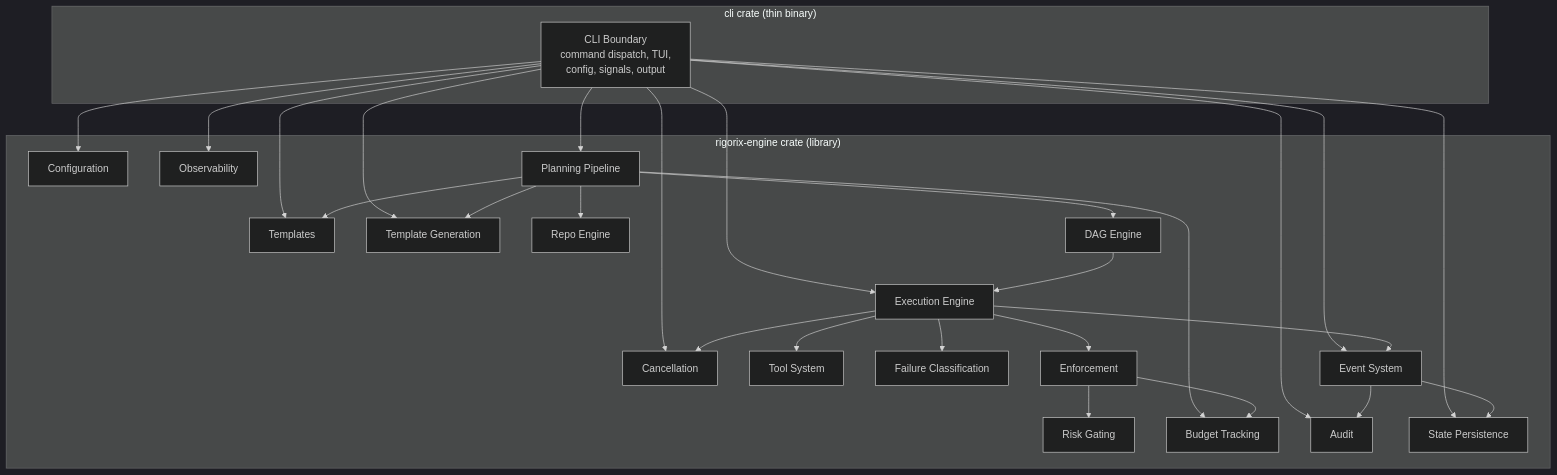
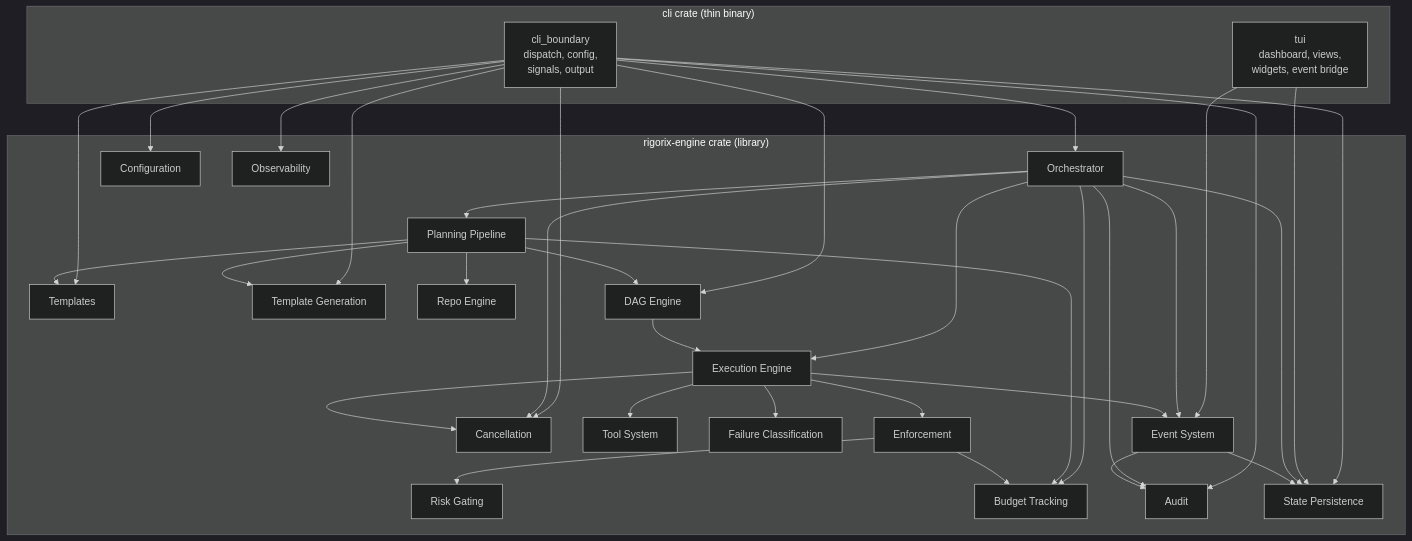
The diagram in cli/.pi/architecture/diagrams/system-context.md (arman-jalili/rigorix-oss), drawn with Mermaid (dark theme) before and after one commit. The commit also changed other lines of this file and 28 other files, not shown here.

First line of the commit message:
feat: contract freeze for cli-boundary module

````diff
--- a/cli/.pi/architecture/diagrams/system-context.md
+++ b/cli/.pi/architecture/diagrams/system-context.md
@@ -3,53 +3,65 @@
 ```mermaid
 graph TB
     subgraph "cli crate (thin binary)"
-        CLI[CLI Boundary<br/>command dispatch, TUI,<br/>config, signals, output]
+        CLI_BOUNDARY[cli_boundary<br/>dispatch, config,<br/>signals, output]
+        TUI[tui<br/>dashboard, views,<br/>widgets, event bridge]
     end
 
     subgraph "rigorix-engine crate (library)"
+        ORCH[Orchestrator]
         CONFIG[Configuration]
         OBSERV[Observability]
         CANCEL[Cancellation]
         PLANNING[Planning Pipeline]
         TEMPLATES[Templates]
         TEMPGEN[Template Generation]
         REPO[Repo Engine]
         DAG[DAG Engine]
         EXEC[Execution Engine]
         TOOLS[Tool System]
         FAILURE[Failure Classification]
         ENFORCE[Enforcement]
         RISK[Risk Gating]
         BUDGET[Budget Tracking]
         EVENTS[Event System]
         AUDIT[Audit]
         STATE[State Persistence]
     end
 
-    CLI --> CONFIG
-    CLI --> OBSERV
-    CLI --> CANCEL
-    CLI --> PLANNING
-    CLI --> TEMPGEN
-    CLI --> TEMPLATES
-    CLI --> EVENTS
-    CLI --> AUDIT
-    CLI --> STATE
-    CLI --> EXEC
+    CLI_BOUNDARY --> ORCH
+    CLI_BOUNDARY --> CONFIG
+    CLI_BOUNDARY --> OBSERV
+    CLI_BOUNDARY --> CANCEL
+    CLI_BOUNDARY --> STATE
+    CLI_BOUNDARY --> DAG
+    CLI_BOUNDARY --> AUDIT
+    CLI_BOUNDARY --> TEMPLATES
+    CLI_BOUNDARY --> TEMPGEN
+
+    TUI --> EVENTS
+    TUI --> STATE
+
+    ORCH --> PLANNING
+    ORCH --> EXEC
+    ORCH --> STATE
+    ORCH --> CANCEL
+    ORCH --> EVENTS
+    ORCH --> AUDIT
+    ORCH --> BUDGET
 
     PLANNING --> TEMPLATES
     PLANNING --> TEMPGEN
     PLANNING --> REPO
     PLANNING --> BUDGET
     PLANNING --> DAG
     DAG --> EXEC
     EXEC --> TOOLS
     EXEC --> CANCEL
     EXEC --> FAILURE
     EXEC --> ENFORCE
     ENFORCE --> RISK
     ENFORCE --> BUDGET
     EXEC --> EVENTS
     EVENTS --> AUDIT
     EVENTS --> STATE
 ```
````
